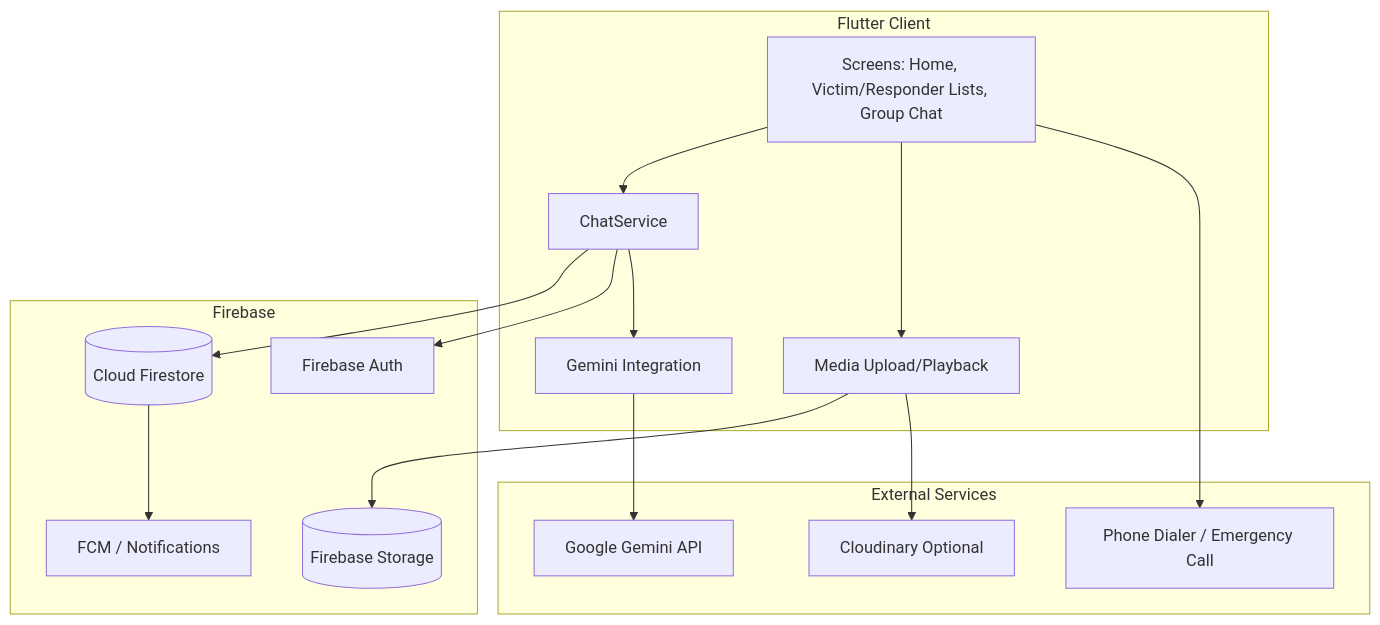
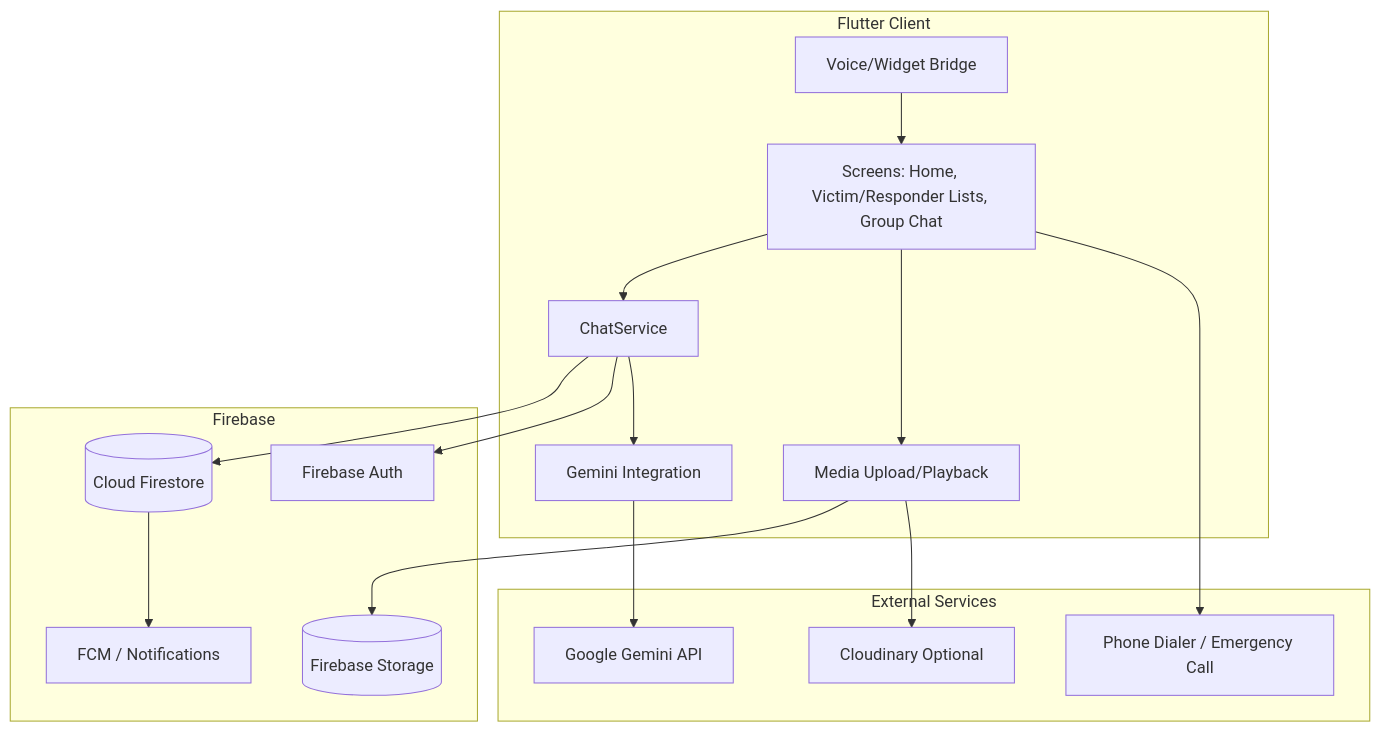
Before and after one commit to gopikaganesan/rescue-link: the third of 4 diagrams in docs/PROCESS_FLOW_ARCHITECTURE.md, drawn with Mermaid. The commit also changed other lines of this file and 17 other files, not shown here.

````diff
--- a/docs/PROCESS_FLOW_ARCHITECTURE.md
+++ b/docs/PROCESS_FLOW_ARCHITECTURE.md
@@ -60,35 +63,35 @@
 ```mermaid
 flowchart TB
   subgraph Client[Flutter Client]
     UI[Screens: Home, Victim/Responder Lists, Group Chat]
     ChatSvc[ChatService]
     AISvc[Gemini Integration]
     Media[Media Upload/Playback]
+    VoiceBridge[Voice/Widget Bridge]
   end
 
   subgraph Firebase[Firebase]
     Auth[Firebase Auth]
     FS[(Cloud Firestore)]
     Storage[(Firebase Storage)]
     Msg[FCM / Notifications]
   end
 
   subgraph External[External Services]
     Gemini[Google Gemini API]
     Cloudinary[Cloudinary Optional]
     Tel[Phone Dialer / Emergency Call]
   end
 
+  VoiceBridge --> UI
   UI --> ChatSvc
   UI --> Media
   ChatSvc --> FS
   ChatSvc --> Auth
   Media --> Storage
   Media --> Cloudinary
-
   ChatSvc --> AISvc
   AISvc --> Gemini
-
   UI --> Tel
   FS --> Msg
 ```
````
